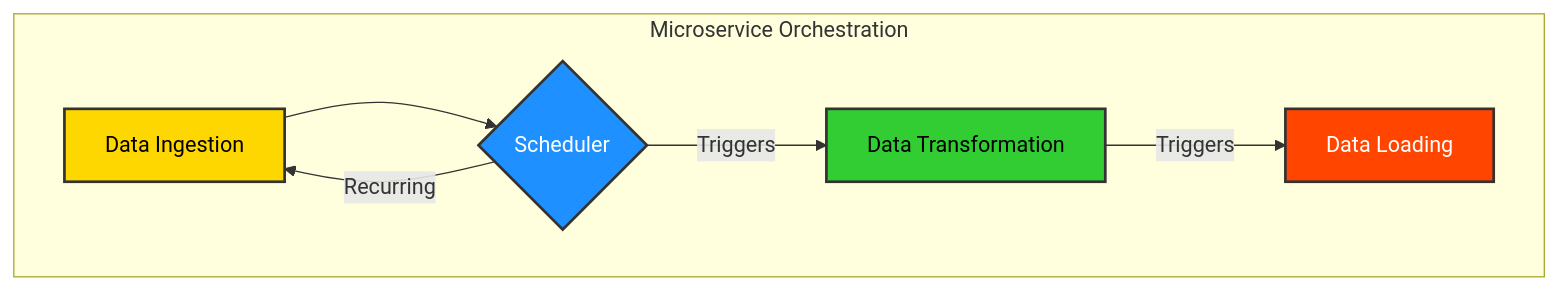
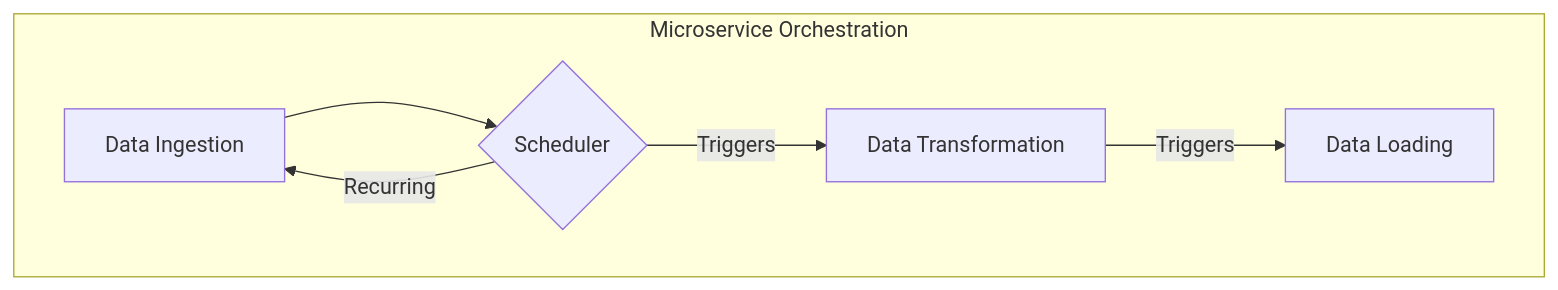
The third of 4 diagrams in scheduler/docs/topic_scheduling/index.md (ikko/kind), drawn with Mermaid before and after one commit. The commit also changed other lines of this file and 99 other files, not shown here.

````diff
--- a/scheduler/docs/topic_scheduling/index.md
+++ b/scheduler/docs/topic_scheduling/index.md
@@ -82,14 +71,10 @@
 ```mermaid
 graph TD
     subgraph "Microservice Orchestration"
         A[Data Ingestion] --> B{Scheduler};
         B -- "Triggers" --> C[Data Transformation];
         C -- "Triggers" --> D[Data Loading];
         B -- "Recurring" --> A;
     end
 
-    style A fill:#FFD700,stroke:#333,stroke-width:2px,color:#000000;
-    style B fill:#1E90FF,stroke:#333,stroke-width:2px,color:#FFFFFF;
-    style C fill:#32CD32,stroke:#333,stroke-width:2px,color:#000000;
-    style D fill:#FF4500,stroke:#333,stroke-width:2px,color:#FFFFFF;
 ```
````
